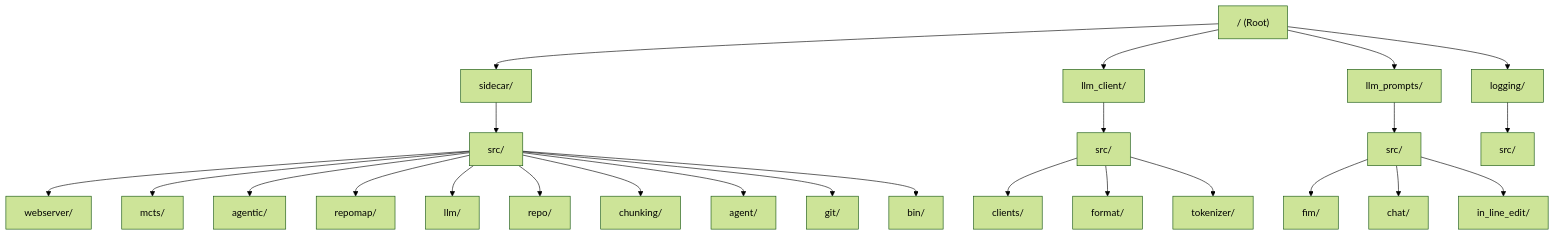
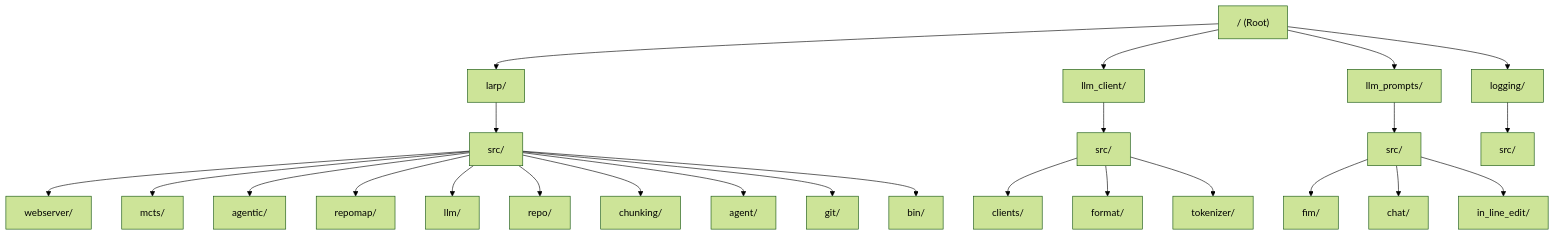
The first of 14 diagrams in KNOWLEDGE_GRAPH.md (openSVM/larp), drawn with Mermaid (forest theme) before and after one commit. The commit also changed other lines of this file and 379 other files, not shown here.

````diff
--- a/KNOWLEDGE_GRAPH.md
+++ b/KNOWLEDGE_GRAPH.md
@@ -7,31 +7,31 @@
 ```mermaid
 graph TD
-    Root["/ (Root)"] --> Sidecar["sidecar/"]  
+    Root["/ (Root)"] --> LARP["larp/"]  
     Root --> LLMClient["llm_client/"]  
     Root --> LLMPrompts["llm_prompts/"]  
     Root --> Logging["logging/"]  
     
-    Sidecar --> SrcSidecar["src/"]  
-    SrcSidecar --> Webserver["webserver/"]  
-    SrcSidecar --> MCTS["mcts/"]  
-    SrcSidecar --> Agentic["agentic/"]  
-    SrcSidecar --> Repomap["repomap/"]  
-    SrcSidecar --> LLM["llm/"]  
-    SrcSidecar --> Repo["repo/"]  
-    SrcSidecar --> Chunking["chunking/"]  
-    SrcSidecar --> Agent["agent/"]  
-    SrcSidecar --> Git["git/"]  
-    SrcSidecar --> Bin["bin/"]  
+    LARP --> SrcLARP["src/"]  
+    SrcLARP --> Webserver["webserver/"]  
+    SrcLARP --> MCTS["mcts/"]  
+    SrcLARP --> Agentic["agentic/"]  
+    SrcLARP --> Repomap["repomap/"]  
+    SrcLARP --> LLM["llm/"]  
+    SrcLARP --> Repo["repo/"]  
+    SrcLARP --> Chunking["chunking/"]  
+    SrcLARP --> Agent["agent/"]  
+    SrcLARP --> Git["git/"]  
+    SrcLARP --> Bin["bin/"]  
     
     LLMClient --> SrcLLM["src/"]  
     SrcLLM --> Clients["clients/"]  
     SrcLLM --> Format["format/"]  
     SrcLLM --> Tokenizer["tokenizer/"]  
     
     LLMPrompts --> SrcPrompts["src/"]  
     SrcPrompts --> FIM["fim/"]  
     SrcPrompts --> Chat["chat/"]  
     SrcPrompts --> InLineEdit["in_line_edit/"]  
     
     Logging --> SrcLogging["src/"]  
 ```
````
